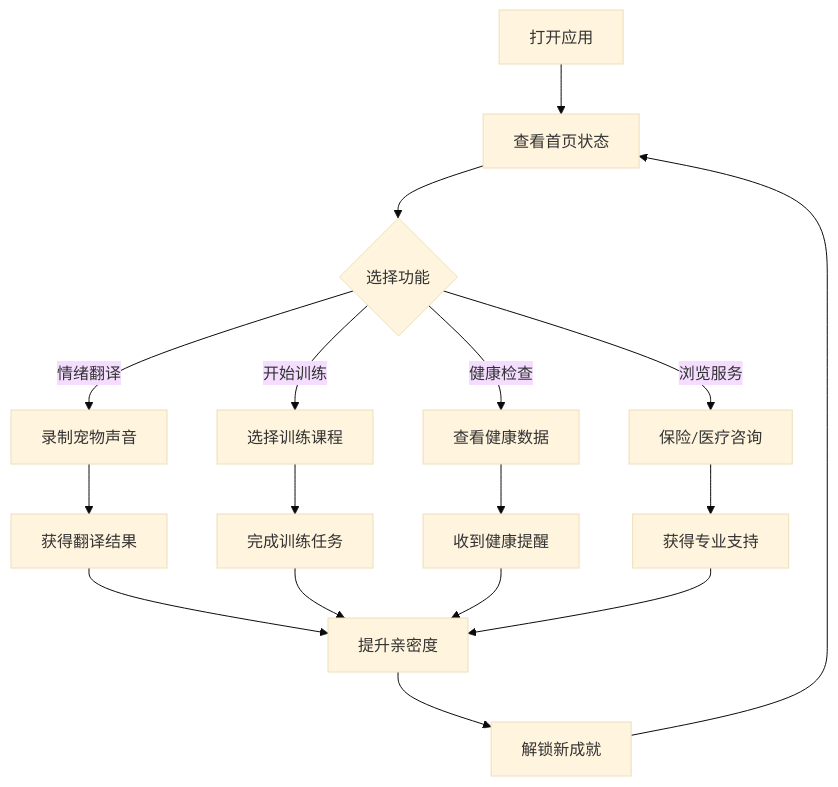
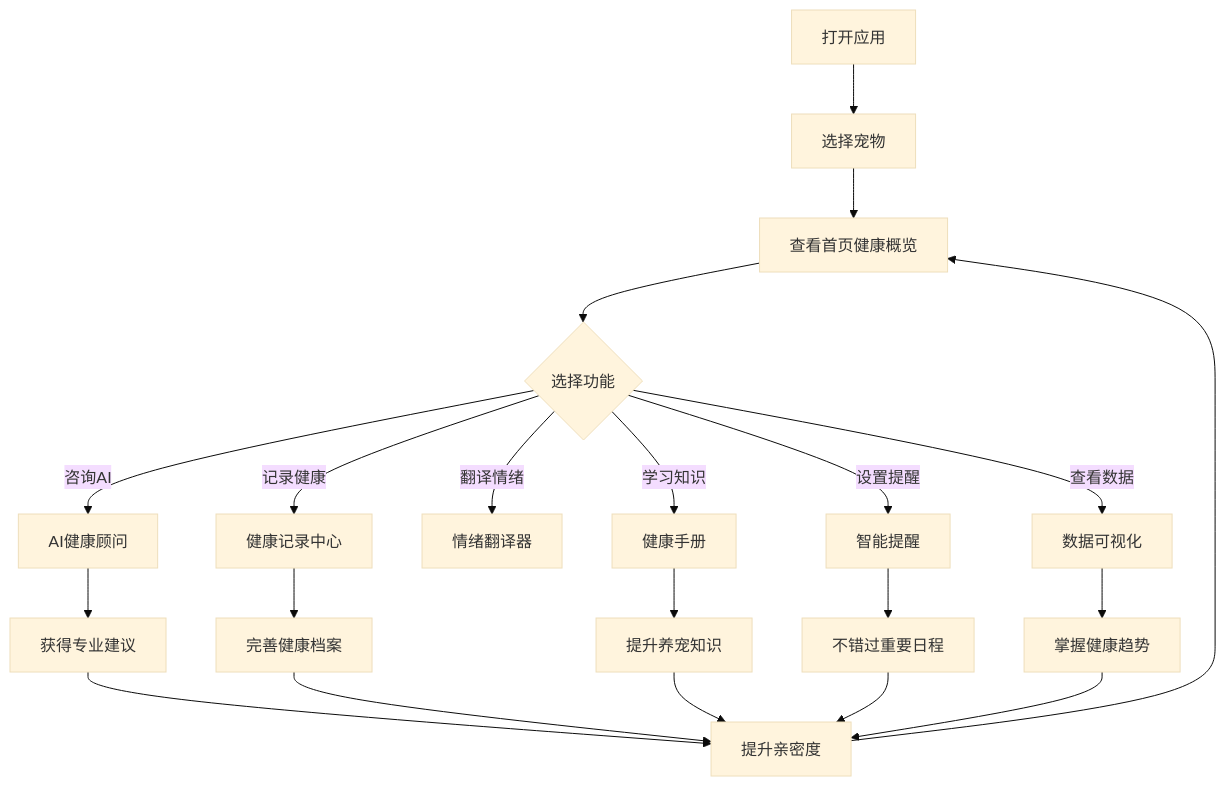
The diagram in .trae/documents/prd.md (Tri250/-), drawn with Mermaid (base theme) before and after one commit. The commit also changed other lines of this file and 23 other files, not shown here.

````diff
--- a/.trae/documents/prd.md
+++ b/.trae/documents/prd.md
@@ -38,19 +48,23 @@
 ```mermaid
 flowchart TD
-    A["打开应用"] --> B["查看首页状态"]
-    B --> C{"选择功能"}
-    C -->|情绪翻译| D["录制宠物声音"]
-    C -->|开始训练| E["选择训练课程"]
-    C -->|健康检查| F["查看健康数据"]
-    C -->|浏览服务| G["保险/医疗咨询"]
-    D --> H["获得翻译结果"]
-    E --> I["完成训练任务"]
-    F --> J["收到健康提醒"]
-    G --> K["获得专业支持"]
-    H --> L["提升亲密度"]
-    I --> L
-    J --> L
-    K --> L
-    L --> M["解锁新成就"]
-    M --> B
+    A["打开应用"] --> B["选择宠物"]
+    B --> C["查看首页健康概览"]
+    C --> D{"选择功能"}
+    D -->|咨询AI| E["AI健康顾问"]
+    D -->|记录健康| F["健康记录中心"]
+    D -->|翻译情绪| G["情绪翻译器"]
+    D -->|学习知识| H["健康手册"]
+    D -->|设置提醒| I["智能提醒"]
+    D -->|查看数据| J["数据可视化"]
+    E --> K["获得专业建议"]
+    F --> L["完善健康档案"]
+    H --> M["提升养宠知识"]
+    I --> N["不错过重要日程"]
+    J --> O["掌握健康趋势"]
+    K --> P["提升亲密度"]
+    L --> P
+    M --> P
+    N --> P
+    O --> P
+    P --> C
 ```
````
